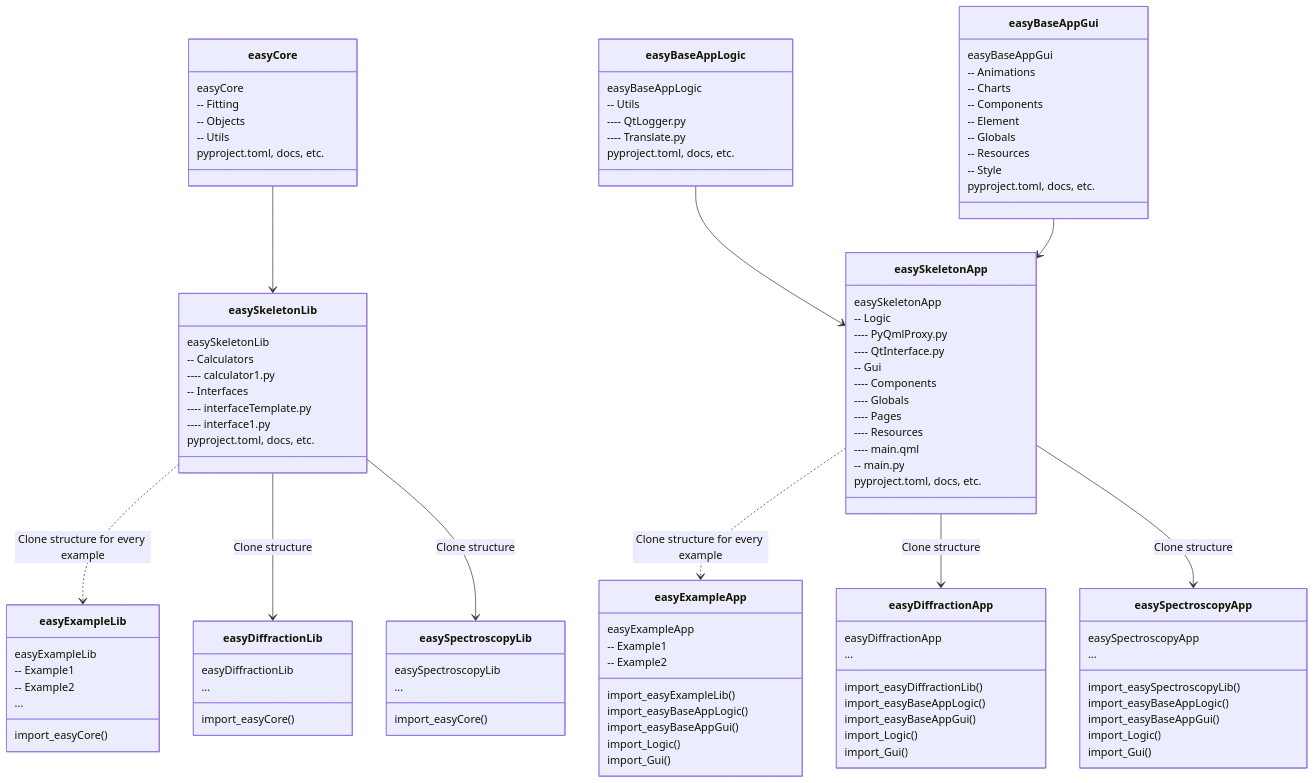
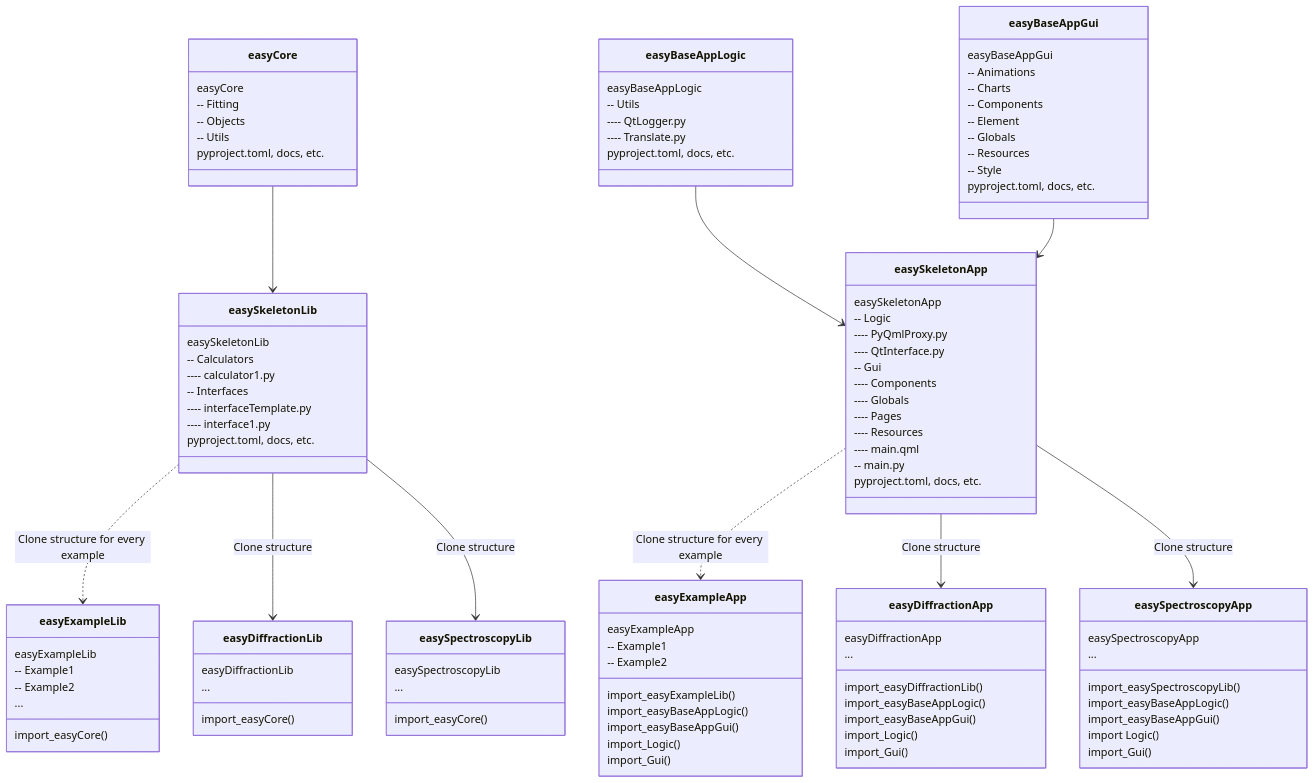
The fifth of 6 diagrams in easyScience.md (easyScience/easyScience), drawn with Mermaid before and after one commit. The commit also changed other lines of this file, not shown here.

````diff
--- a/easyScience.md
+++ b/easyScience.md
@@ -206,13 +206,13 @@
 import_Gui()
 }
 
-class easySpectroscopyApp {
-easySpectroscopyApp
-...
-import_easySpectroscopyLib()
-import_easyBaseAppLogic()
-import_easyBaseAppGui()
-import_Logic()
-import_Gui()
-}
+	class easySpectroscopyApp {
+		easySpectroscopyApp
+		...
+		import_easySpectroscopyLib()
+		import_easyBaseAppLogic()
+		import_easyBaseAppGui()
+		import Logic()
+		import_Gui()
+	}
 ```
````
